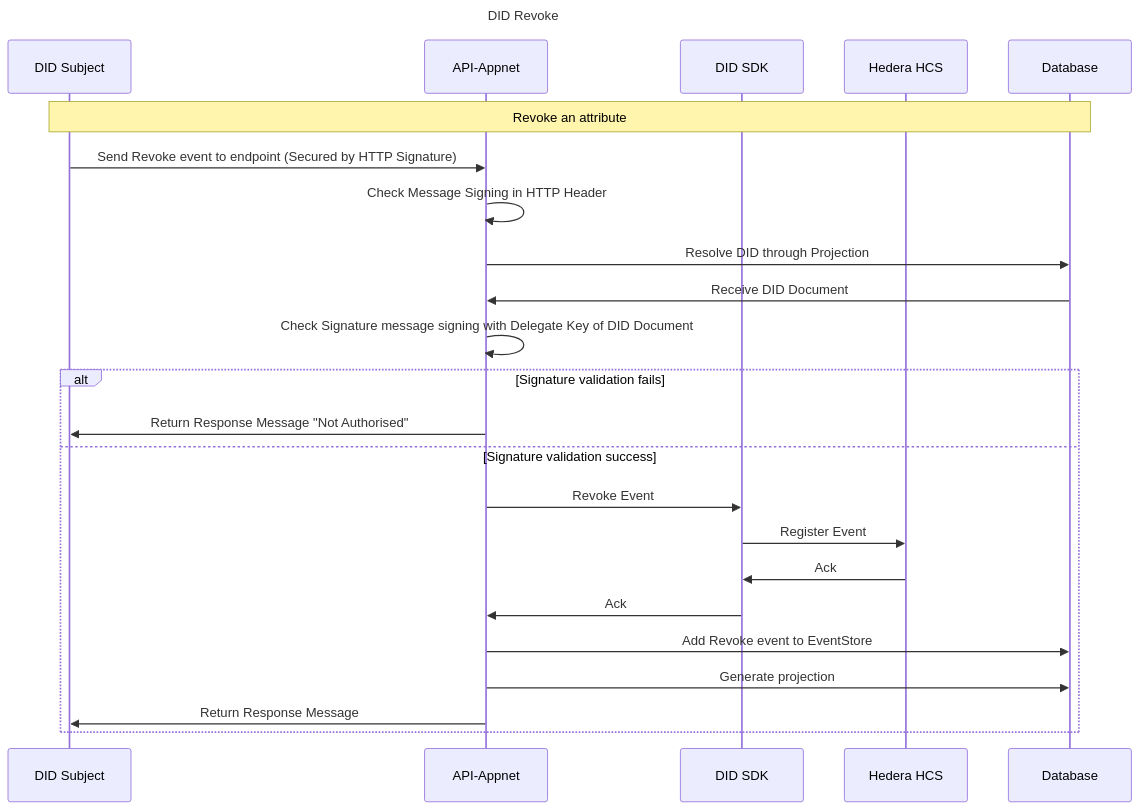
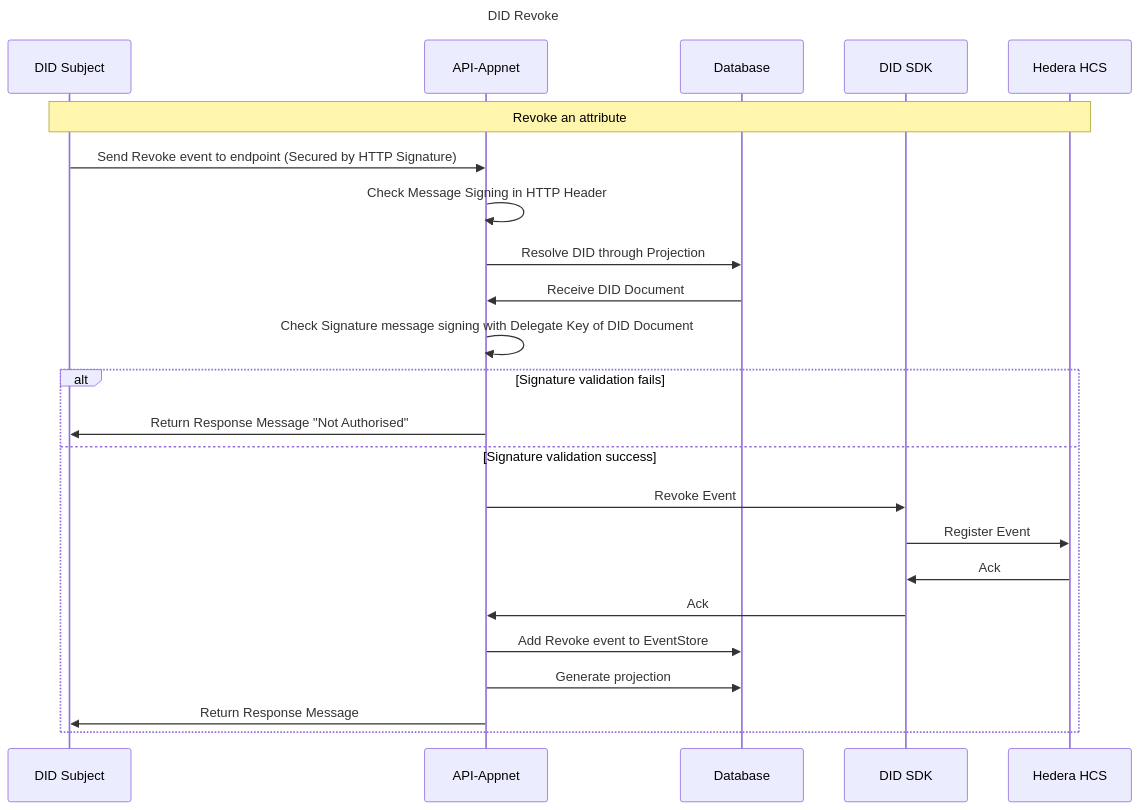
The diagram in documentation/diagrams/did-revoke.mmd (Meeco/hedera-did-identity-network), drawn with Mermaid before and after one commit. The commit also changed 1 other file, not shown here.

```diff
--- a/documentation/diagrams/did-revoke.mmd
+++ b/documentation/diagrams/did-revoke.mmd
@@ -1,26 +1,26 @@
 sequenceDiagram
 Title: DID Revoke
 
 participant Subject as DID Subject
 participant API as API-Appnet
+participant Database as Database
 participant DIDSDK as DID SDK
 participant HCS as Hedera HCS
-participant Database as Database
 
-note over Subject,Database: Revoke an attribute
+note over Subject,HCS: Revoke an attribute
 Subject ->> API: Send Revoke event to endpoint (Secured by HTTP Signature)
 API ->> API: Check Message Signing in HTTP Header
 API ->> Database: Resolve DID through Projection
 Database ->> API: Receive DID Document
 API ->> API: Check Signature message signing with Delegate Key of DID Document
 alt Signature validation fails
 API ->> Subject: Return Response Message "Not Authorised"
 else Signature validation success
 API ->> DIDSDK:  Revoke Event
 DIDSDK ->> HCS:  Register Event
 HCS ->> DIDSDK: Ack
 DIDSDK ->> API: Ack
 API ->> Database: Add Revoke event to EventStore
 API ->> Database: Generate projection
 API ->> Subject: Return Response Message
 end
```
